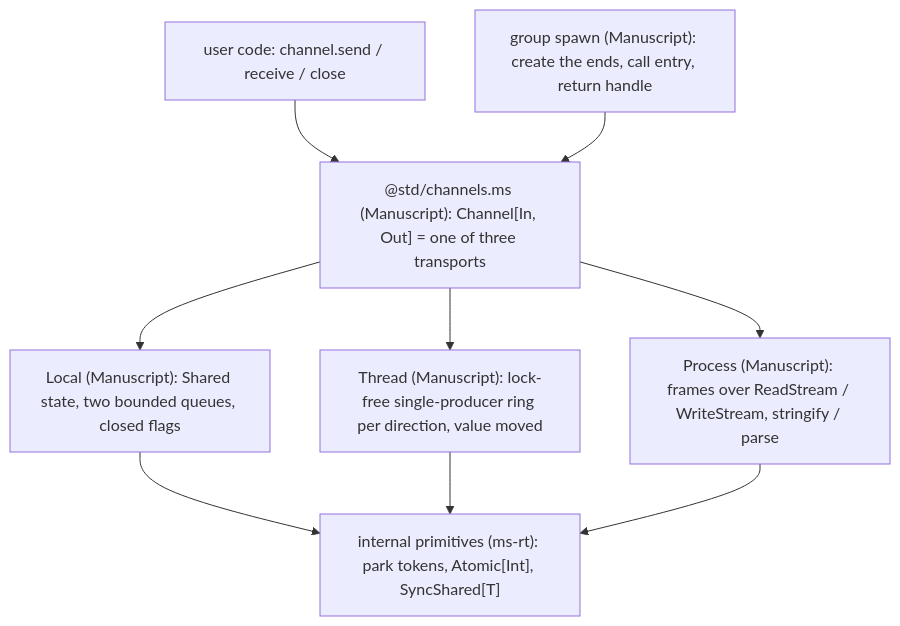
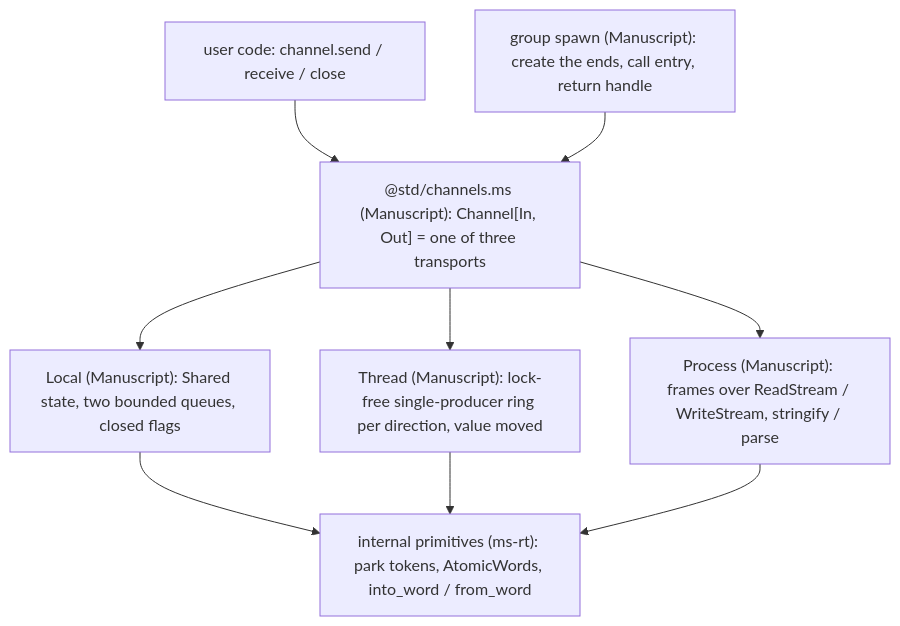
One commit to manuscript-lang/manuscript changed the diagram in proposals/channels.md. Above: the diagram before and after it, drawn with Mermaid. The commit also changed other lines of this file, not shown here.

First line of the commit message:
Channels proposal: AtomicWords and word intrinsics as the only thread primitives

````diff
--- a/proposals/channels.md
+++ b/proposals/channels.md
@@ -74,18 +74,18 @@
 ```mermaid
 flowchart TB
   U["user code: channel.send / receive / close"]
   C["@std/channels.ms (Manuscript): Channel[In, Out] = one of three transports"]
   L["Local (Manuscript): Shared state, two bounded queues, closed flags"]
   P["Process (Manuscript): frames over ReadStream / WriteStream, stringify / parse"]
   T["Thread (Manuscript): lock-free single-producer ring per direction, value moved"]
-  K["internal primitives (ms-rt): park tokens, Atomic[Int], SyncShared[T]"]
+  K["internal primitives (ms-rt): park tokens, AtomicWords, into_word / from_word"]
   G["group spawn (Manuscript): create the ends, call entry, return handle"]
   U --> C
   C --> L
   C --> P
   C --> T
   L --> K
   T --> K
   P --> K
   G --> C
 ```
````
